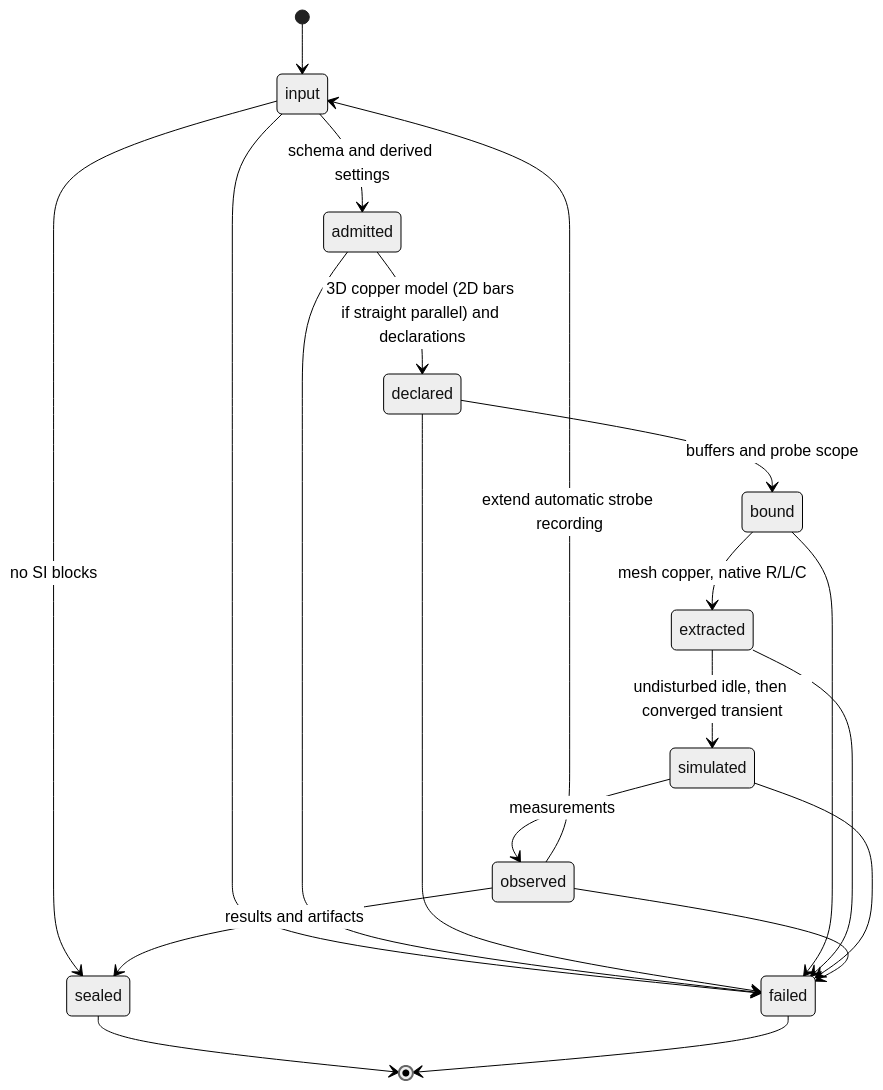
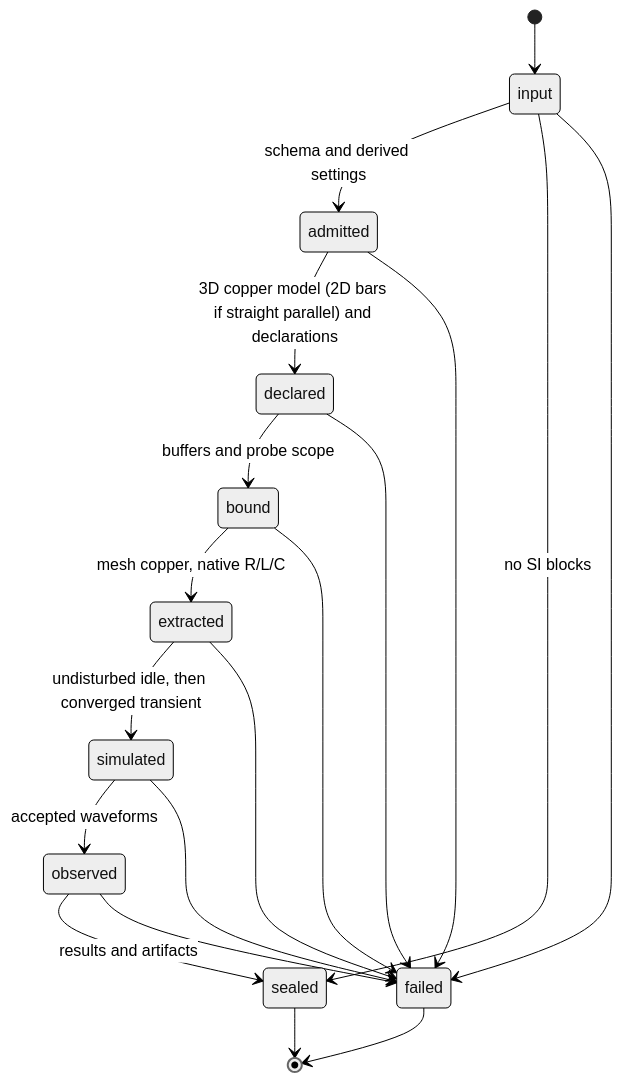
The second of 2 diagrams in docs/ARCHITECTURE.md (tscircuit/pcb-spice-pipeline), drawn with Mermaid (neutral theme) before and after one commit. The commit also changed other lines of this file and 98 other files, not shown here.

````diff
--- a/docs/ARCHITECTURE.md
+++ b/docs/ARCHITECTURE.md
@@ -25,22 +25,21 @@
 ```mermaid
 stateDiagram-v2
   [*] --> input
   input --> admitted: schema and derived settings
   input --> sealed: no SI blocks
   admitted --> declared: 3D copper model (2D bars if straight parallel) and declarations
   declared --> bound: buffers and probe scope
   bound --> extracted: mesh copper, native R/L/C
   extracted --> simulated: undisturbed idle, then converged transient
-  simulated --> observed: measurements
-  observed --> input: extend automatic strobe recording
+  simulated --> observed: accepted waveforms
   observed --> sealed: results and artifacts
   input --> failed
   admitted --> failed
   declared --> failed
   bound --> failed
   extracted --> failed
   simulated --> failed
   observed --> failed
   sealed --> [*]
   failed --> [*]
 ```
````
